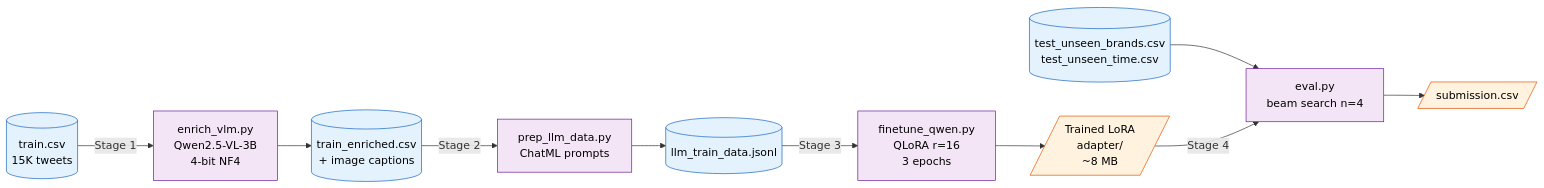
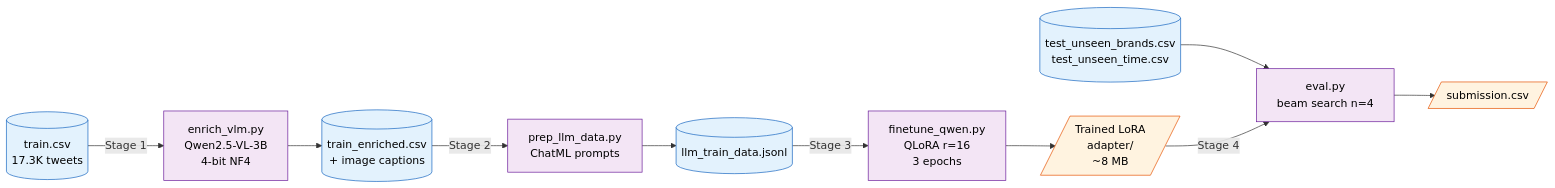
Before and after one commit to havish-coder/Tweet_analyzer: the diagram in Task-2/README.md, drawn with Mermaid. The commit also changed other lines of this file and 20 other files, not shown here.

````diff
--- a/Task-2/README.md
+++ b/Task-2/README.md
@@ -80,23 +80,23 @@
 ```mermaid
 flowchart LR
-    A[(train.csv<br/>15K tweets)] -->|"Stage 1"| B[enrich_vlm.py<br/>Qwen2.5-VL-3B<br/>4-bit NF4]
+    A[(train.csv<br/>17.3K tweets)] -->|"Stage 1"| B[enrich_vlm.py<br/>Qwen2.5-VL-3B<br/>4-bit NF4]
     B --> C[(train_enriched.csv<br/>+ image captions)]
     C -->|"Stage 2"| D[prep_llm_data.py<br/>ChatML prompts]
     D --> E[(llm_train_data.jsonl)]
     E -->|"Stage 3"| F[finetune_qwen.py<br/>QLoRA r=16<br/>3 epochs]
     F --> G[/Trained LoRA<br/>adapter/<br/>~8 MB/]
     H[(test_unseen_brands.csv<br/>test_unseen_time.csv)] --> I
     G -->|"Stage 4"| I[eval.py<br/>beam search n=4]
     I --> J[/submission.csv/]
 
     style A fill:#e3f2fd,stroke:#1565c0,color:#000
     style C fill:#e3f2fd,stroke:#1565c0,color:#000
     style E fill:#e3f2fd,stroke:#1565c0,color:#000
     style H fill:#e3f2fd,stroke:#1565c0,color:#000
     style G fill:#fff3e0,stroke:#e65100,color:#000
     style J fill:#fff3e0,stroke:#e65100,color:#000
     style B fill:#f3e5f5,stroke:#6a1b9a,color:#000
     style D fill:#f3e5f5,stroke:#6a1b9a,color:#000
     style F fill:#f3e5f5,stroke:#6a1b9a,color:#000
     style I fill:#f3e5f5,stroke:#6a1b9a,color:#000
 ```
````
